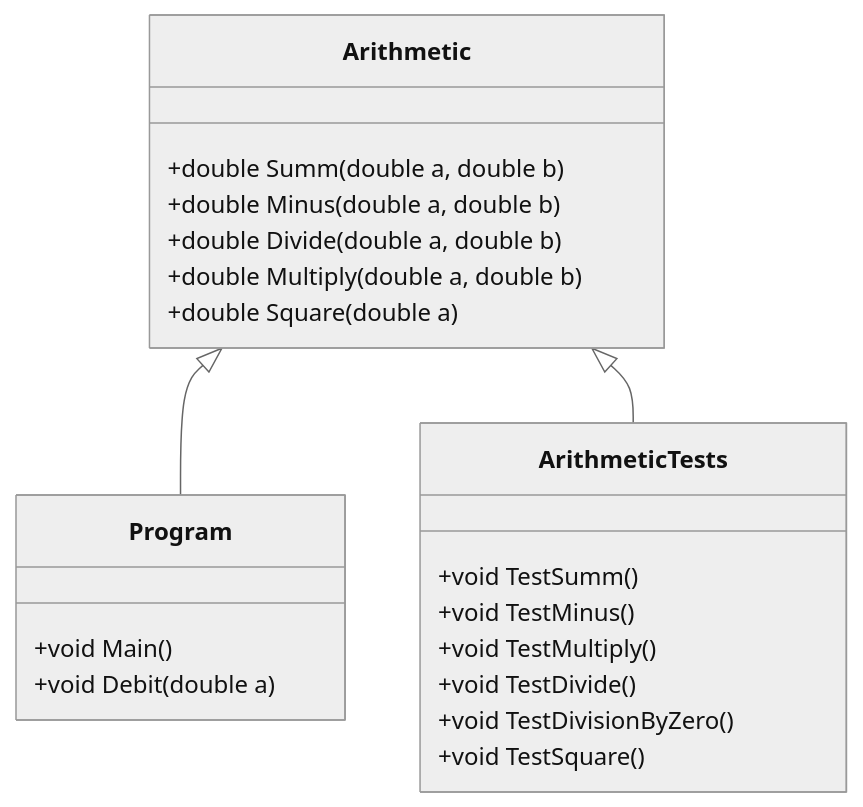
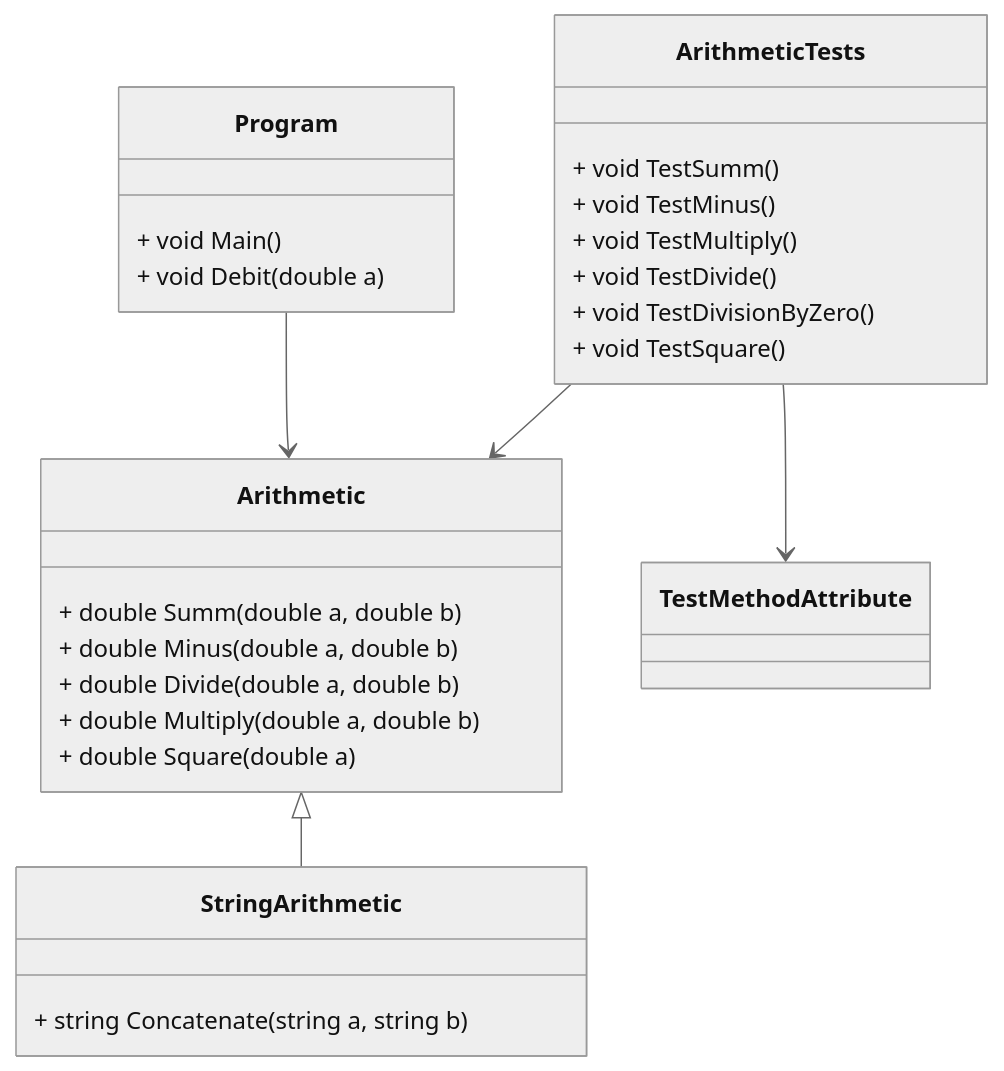
Before and after one commit to NoDioxide/Module_Testing_2: the diagram in README.md, drawn with Mermaid (neutral theme).

````diff
--- a/README.md
+++ b/README.md
@@ -4,27 +4,35 @@
 ```mermaid
 classDiagram
     class Arithmetic {
-        +double Summ(double a, double b)
-        +double Minus(double a, double b)
-        +double Divide(double a, double b)
-        +double Multiply(double a, double b)
-        +double Square(double a)
+        + double Summ(double a, double b)
+        + double Minus(double a, double b)
+        + double Divide(double a, double b)
+        + double Multiply(double a, double b)
+        + double Square(double a)
+    }
+
+    class StringArithmetic {
+        + string Concatenate(string a, string b)
     }
 
     class Program {
-        +void Main()
-        +void Debit(double a)
+        + void Main()
+        + void Debit(double a)
     }
 
     class ArithmeticTests {
-        +void TestSumm()
-        +void TestMinus()
-        +void TestMultiply()
-        +void TestDivide()
-        +void TestDivisionByZero()
-        +void TestSquare()
+        + void TestSumm()
+        + void TestMinus()
+        + void TestMultiply()
+        + void TestDivide()
+        + void TestDivisionByZero()
+        + void TestSquare()
     }
 
-    Arithmetic <|-- Program
-    Arithmetic <|-- ArithmeticTests
+    class TestMethodAttribute
+
+    Arithmetic <|-- StringArithmetic
+    Program --> Arithmetic
+    ArithmeticTests --> Arithmetic
+    ArithmeticTests --> TestMethodAttribute
 ```
````
